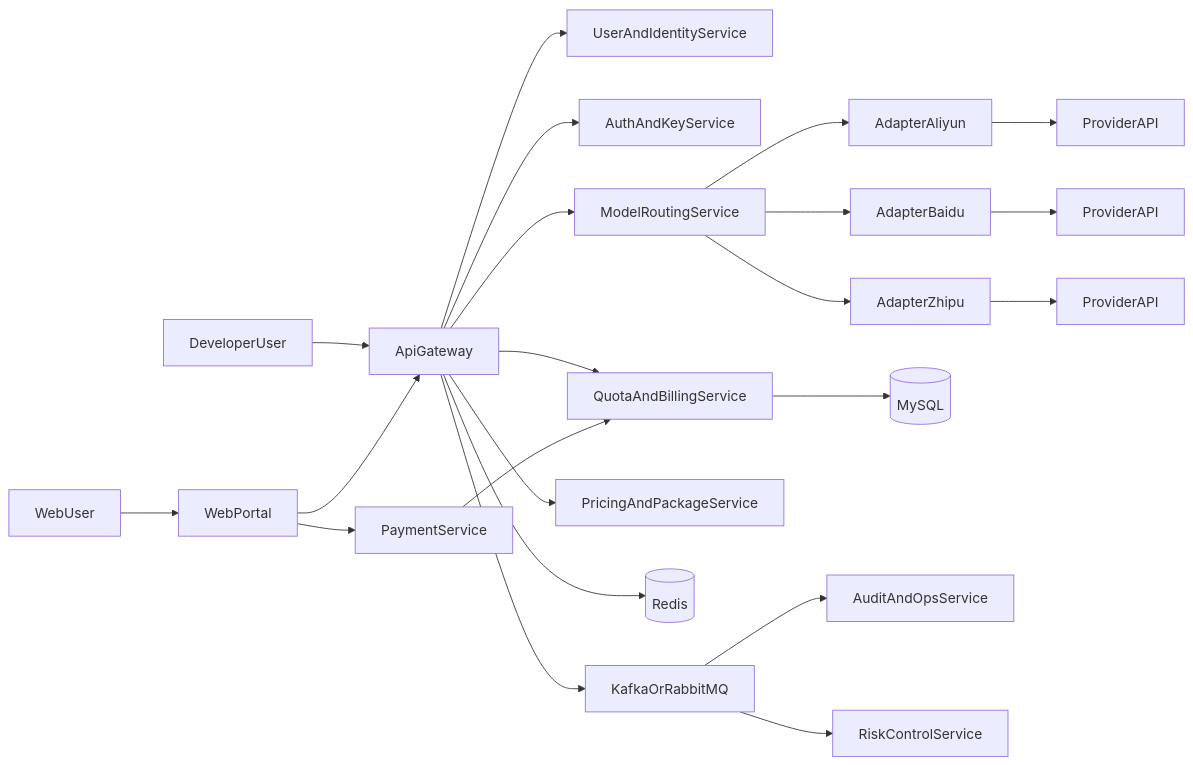
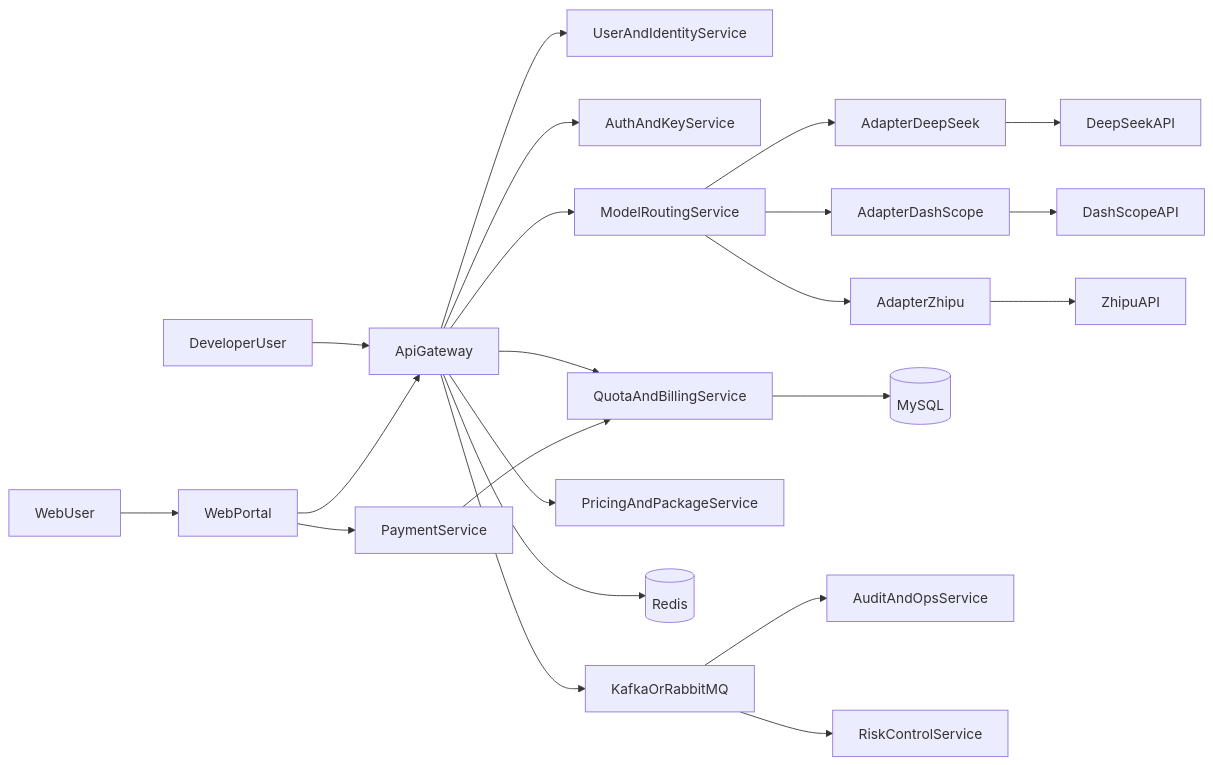
One commit to chinasongsong/token-charge-system changed the first of 3 diagrams in plan.md. Above: the diagram before and after it, drawn with Mermaid. The commit also changed other lines of this file and 6 other files, not shown here.

````diff
--- a/plan.md
+++ b/plan.md
@@ -48,24 +48,24 @@
 ```mermaid
 flowchart LR
   webUser[WebUser] --> webPortal[WebPortal]
   devUser[DeveloperUser] --> apiGateway[ApiGateway]
   webPortal --> apiGateway
   apiGateway --> userSvc[UserAndIdentityService]
   apiGateway --> authSvc[AuthAndKeyService]
   apiGateway --> routeSvc[ModelRoutingService]
-  routeSvc --> adapterAli[AdapterAliyun]
-  routeSvc --> adapterBaidu[AdapterBaidu]
+  routeSvc --> adapterDeepSeek[AdapterDeepSeek]
+  routeSvc --> adapterDashScope[AdapterDashScope]
   routeSvc --> adapterZhipu[AdapterZhipu]
-  adapterAli --> providerAli[ProviderAPI]
-  adapterBaidu --> providerBaidu[ProviderAPI]
-  adapterZhipu --> providerZhipu[ProviderAPI]
+  adapterDeepSeek --> providerDeepSeek[DeepSeekAPI]
+  adapterDashScope --> providerDashScope[DashScopeAPI]
+  adapterZhipu --> providerZhipu[ZhipuAPI]
   apiGateway --> quotaSvc[QuotaAndBillingService]
   apiGateway --> pricingSvc[PricingAndPackageService]
   webPortal --> paySvc[PaymentService]
   paySvc --> quotaSvc
   quotaSvc --> mysql[(MySQL)]
   apiGateway --> redis[(Redis)]
   apiGateway --> eventBus[KafkaOrRabbitMQ]
   eventBus --> auditSvc[AuditAndOpsService]
   eventBus --> riskSvc[RiskControlService]
 ```
````
